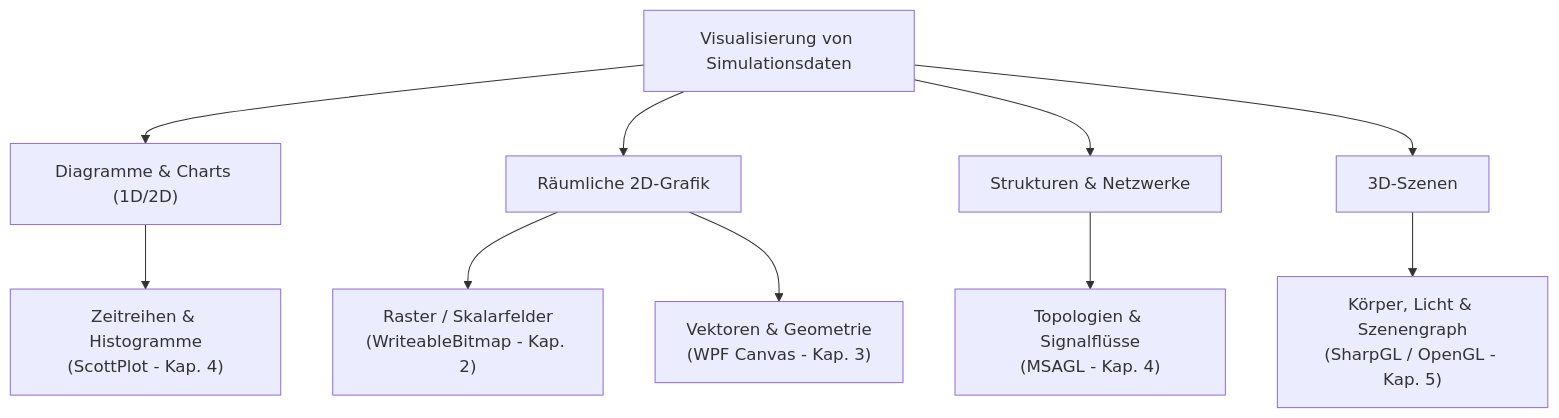
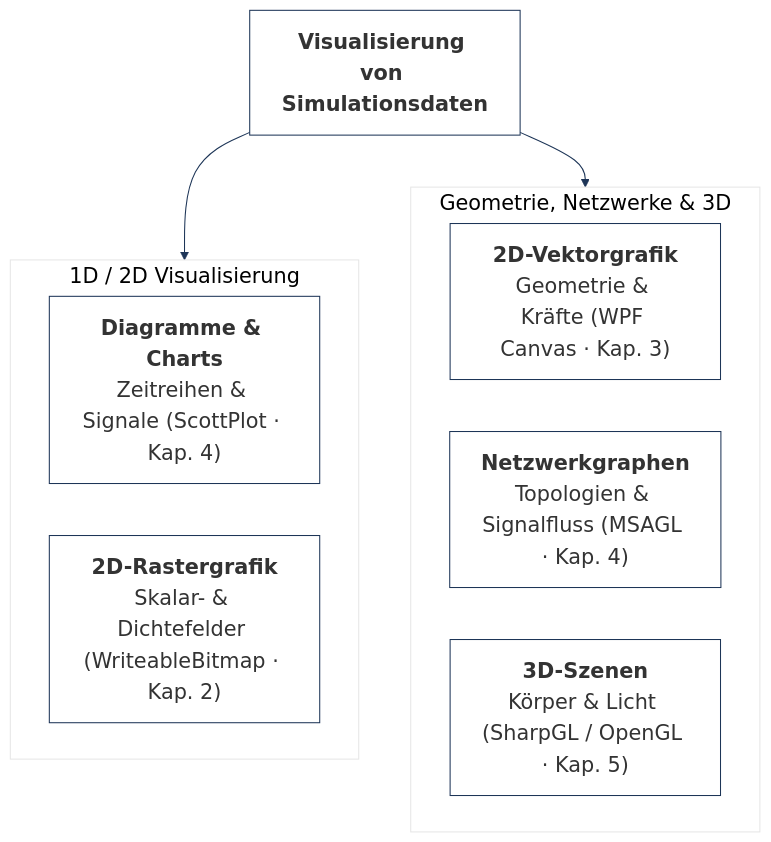
One commit to ghackenberg/kurs-computer-simulation changed the diagram in Folien/01_Einführung/Diagramme/Visualisierungsformen.mmd. Above: the diagram before and after it, drawn with Mermaid. The commit also changed 88 other files, not shown here.

```diff
--- a/Folien/01_Einführung/Diagramme/Visualisierungsformen.mmd
+++ b/Folien/01_Einführung/Diagramme/Visualisierungsformen.mmd
@@ -1,11 +1,17 @@
+%%{init: {'theme': 'base', 'themeVariables': { 'fontSize': '20px', 'primaryColor': '#ffffff', 'primaryBorderColor': '#1d3557', 'lineColor': '#1d3557' }}}%%
 flowchart TD
-    Vis["Visualisierung von Simulationsdaten"] --> D1["Diagramme & Charts (1D/2D)"]
-    Vis --> D2["Räumliche 2D-Grafik"]
-    Vis --> D3["Strukturen & Netzwerke"]
-    Vis --> D4["3D-Szenen"]
+    Vis["<b>Visualisierung von Simulationsdaten</b>"]
 
-    D1 --> C1["Zeitreihen & Histogramme<br/>(ScottPlot - Kap. 4)"]
-    D2 --> C2A["Raster / Skalarfelder<br/>(WriteableBitmap - Kap. 2)"]
-    D2 --> C2B["Vektoren & Geometrie<br/>(WPF Canvas - Kap. 3)"]
-    D3 --> C3["Topologien & Signalflüsse<br/>(MSAGL - Kap. 4)"]
-    D4 --> C4["Körper, Licht & Szenengraph<br/>(SharpGL / OpenGL - Kap. 5)"]
+    subgraph B1 ["1D / 2D Visualisierung"]
+        C1["<b>Diagramme & Charts</b><br/>Zeitreihen & Signale (ScottPlot · Kap. 4)"]
+        C2["<b>2D-Rastergrafik</b><br/>Skalar- & Dichtefelder (WriteableBitmap · Kap. 2)"]
+    end
+
+    subgraph B2 ["Geometrie, Netzwerke & 3D"]
+        C3["<b>2D-Vektorgrafik</b><br/>Geometrie & Kräfte (WPF Canvas · Kap. 3)"]
+        C4["<b>Netzwerkgraphen</b><br/>Topologien & Signalfluss (MSAGL · Kap. 4)"]
+        C5["<b>3D-Szenen</b><br/>Körper & Licht (SharpGL / OpenGL · Kap. 5)"]
+    end
+
+    Vis --> B1
+    Vis --> B2
```
